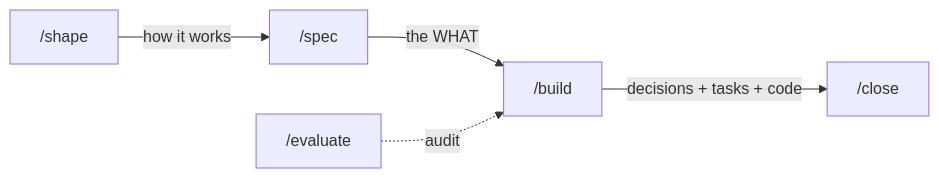
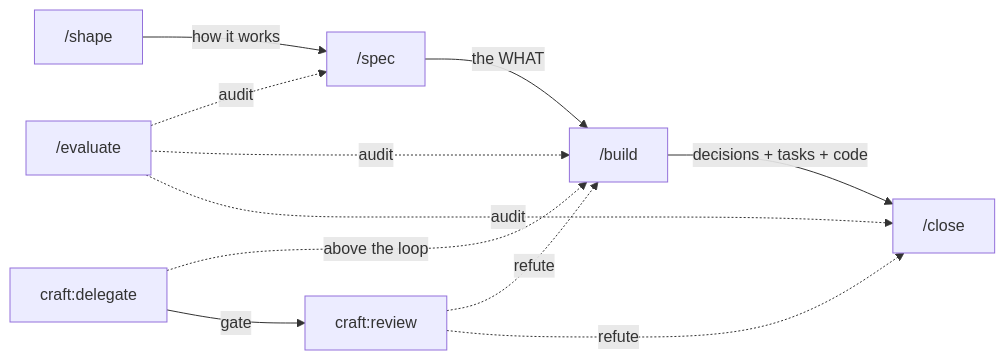
One commit to juanwmedia/craft changed the diagram in README.md. Above: the diagram before and after it, drawn with Mermaid. The commit also changed other lines of this file and 10 other files, not shown here.

First line of the commit message:
feat: evaluate renewed, review and delegate become agents

````diff
--- a/README.md
+++ b/README.md
@@ -27,7 +27,13 @@
 ```mermaid
 graph LR
     X["/shape"] -->|how it works| S["/spec"]
     S -->|the WHAT| B["/build"]
     B -->|decisions + tasks + code| C["/close"]
-    E["/evaluate"] -.->|audit| B
+    E["/evaluate"] -.->|audit| S
+    E -.->|audit| B
+    E -.->|audit| C
+    R["craft:review"] -.->|refute| B
+    R -.->|refute| C
+    D["craft:delegate"] -.->|above the loop| B
+    D -->|gate| R
 ```
````
